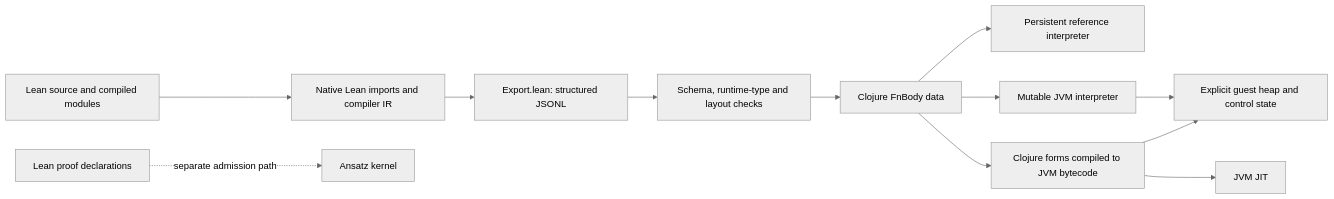
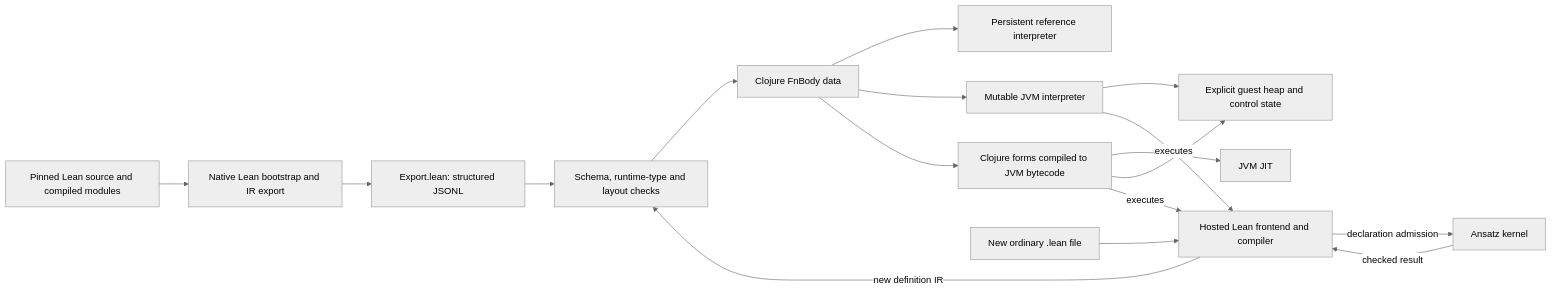
Before and after one commit to replikativ/ansatz: the first of 8 diagrams in experiments/lean-ir/README.md, drawn with Mermaid (neutral theme). The commit also changed other lines of this file and 383 other files, not shown here.

Commit message:
Host Lean source compilation and checked imports on the Ansatz JVM runtime

````diff
--- a/experiments/lean-ir/README.md
+++ b/experiments/lean-ir/README.md
@@ -19,14 +42,19 @@
 ```mermaid
 flowchart LR
-  A[Lean source and compiled modules] --> B[Native Lean imports and compiler IR]
+  A[Pinned Lean source and compiled modules] --> B[Native Lean bootstrap and IR export]
   B --> C[Export.lean: structured JSONL]
   C --> D[Schema, runtime-type and layout checks]
   D --> E[Clojure FnBody data]
   E --> F[Persistent reference interpreter]
   E --> G[Mutable JVM interpreter]
   E --> H[Clojure forms compiled to JVM bytecode]
   H --> I[JVM JIT]
   G --> J[Explicit guest heap and control state]
   H --> J
-  K[Lean proof declarations] -. separate admission path .-> L[Ansatz kernel]
+  S[New ordinary .lean file] --> P[Hosted Lean frontend and compiler]
+  G -->|executes| P
+  H -->|executes| P
+  P -->|new definition IR| D
+  P -->|declaration admission| L[Ansatz kernel]
+  L -->|checked result| P
 ```
````
